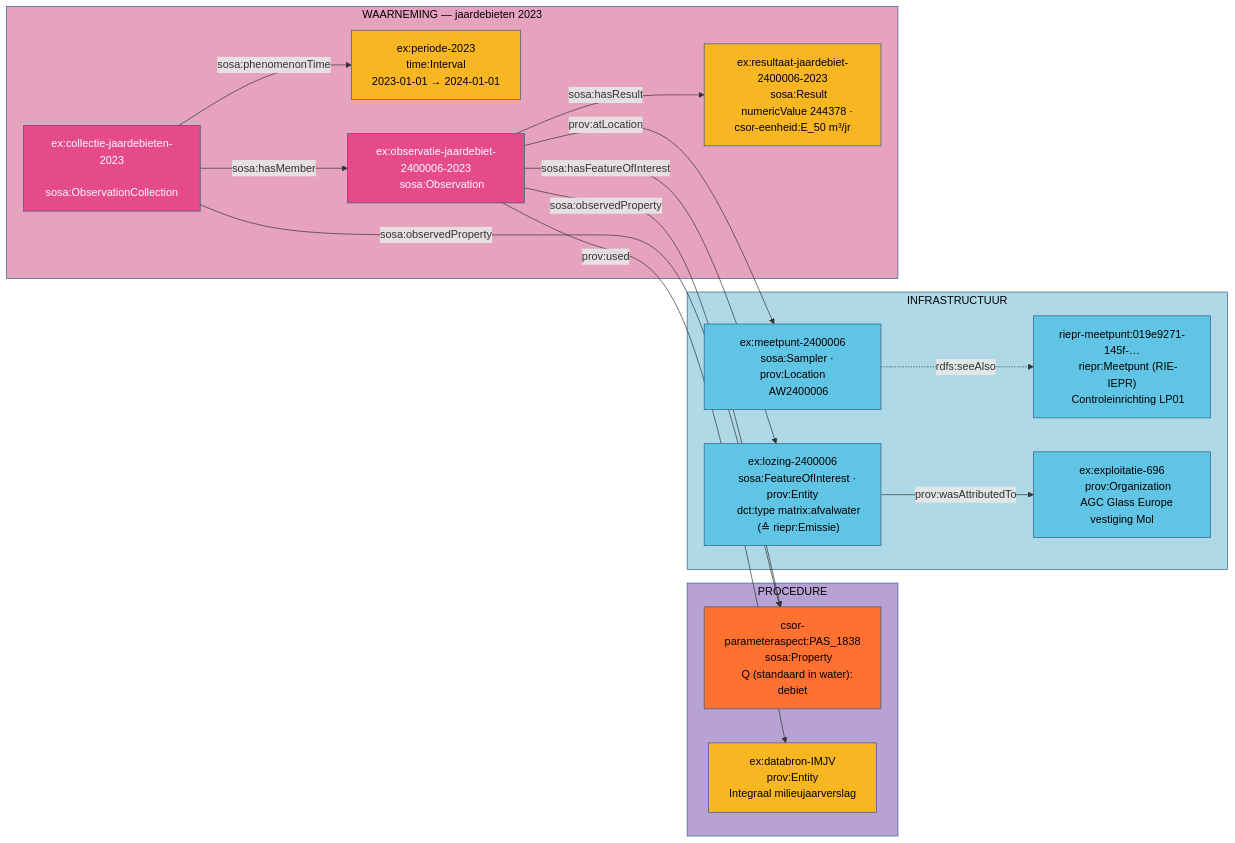
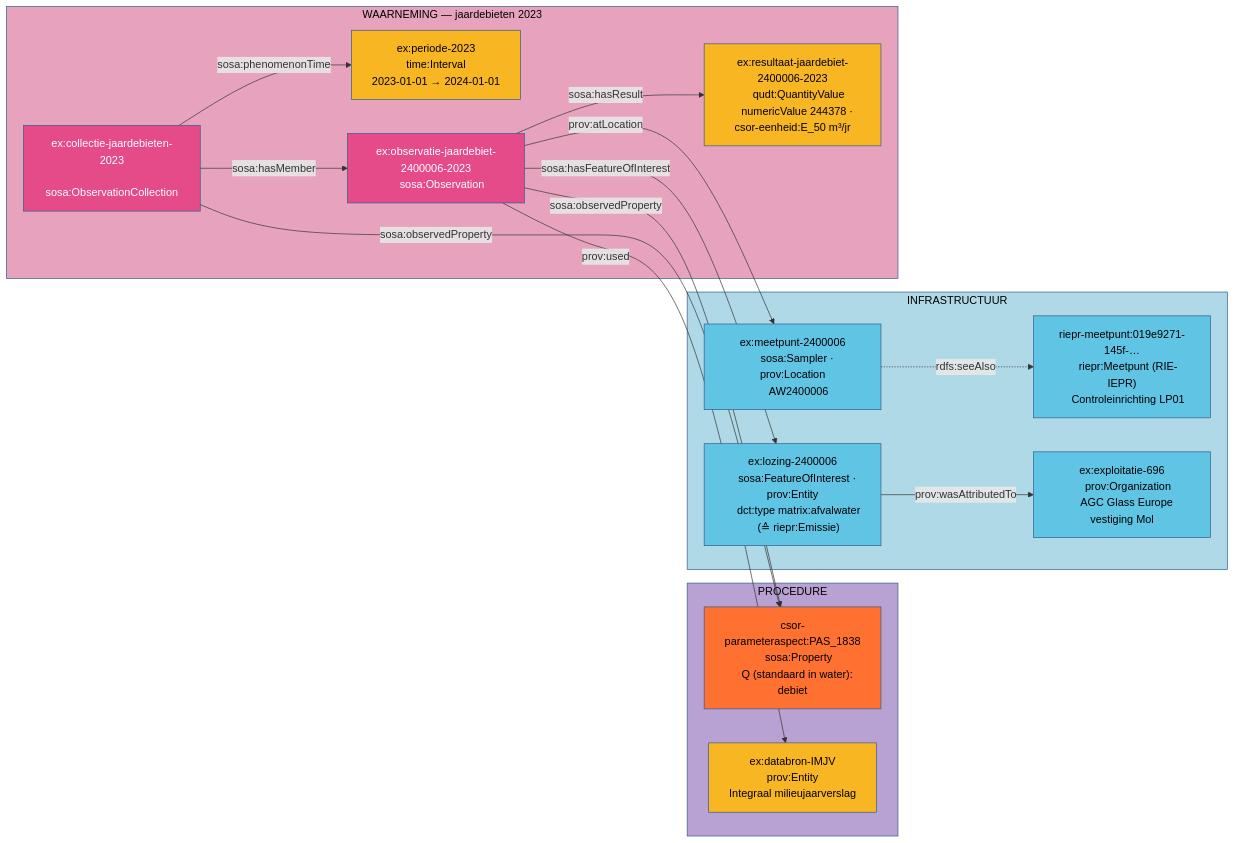
One commit to Informatievlaanderen/OSLOthema-SSNSOSA-VL changed the diagram in src/main/input/waterkwaliteit/nieuw_model/afvalwater_debieten/afvalwater_debieten.mmd. Above: the diagram before and after it, drawn with Mermaid. The commit also changed 66 other files, not shown here.

First line of the commit message:
Results as qudt:QuantityValue; CSOR units as qudt:Unit; VHA literals; ld-mcp 0.4

```diff
--- a/src/main/input/waterkwaliteit/nieuw_model/afvalwater_debieten/afvalwater_debieten.mmd
+++ b/src/main/input/waterkwaliteit/nieuw_model/afvalwater_debieten/afvalwater_debieten.mmd
@@ -1,64 +1,64 @@
 flowchart LR
 
 subgraph PROC["PROCEDURE"]
     PA["csor-parameteraspect:PAS_1838
     sosa:Property
     Q (standaard in water): debiet"]
     DB["ex:databron-IMJV
     prov:Entity
     Integraal milieujaarverslag"]
 end
 
 subgraph INFRA["INFRASTRUCTUUR"]
     I1["ex:meetpunt-2400006
     sosa:Sampler · prov:Location
     AW2400006"]
     I1R["riepr-meetpunt:019e9271-145f-…
     riepr:Meetpunt (RIE-IEPR)
     Controleinrichting LP01"]
     I2["ex:lozing-2400006
     sosa:FeatureOfInterest · prov:Entity
     dct:type matrix:afvalwater
     (≙ riepr:Emissie)"]
     I3["ex:exploitatie-696
     prov:Organization
     AGC Glass Europe vestiging Mol"]
 end
 
 subgraph WAAR["WAARNEMING — jaardebieten 2023"]
     C1["ex:collectie-jaardebieten-2023
     sosa:ObservationCollection"]
     P1["ex:periode-2023
     time:Interval
     2023-01-01 → 2024-01-01"]
     O1["ex:observatie-jaardebiet-2400006-2023
     sosa:Observation"]
     R1["ex:resultaat-jaardebiet-2400006-2023
-    sosa:Result
+    qudt:QuantityValue
     numericValue 244378 · csor-eenheid:E_50 m³/jr"]
 end
 
 I1 -.->|rdfs:seeAlso| I1R
 I2 -->|prov:wasAttributedTo| I3
 C1 -->|sosa:observedProperty| PA
 C1 -->|sosa:phenomenonTime| P1
 C1 -->|sosa:hasMember| O1
 O1 -->|sosa:hasFeatureOfInterest| I2
 O1 -->|sosa:observedProperty| PA
 O1 -->|prov:atLocation| I1
 O1 -->|prov:used| DB
 O1 -->|sosa:hasResult| R1
 
 style PROC fill:#b8a2d4,stroke:#2E5C8A,color:#000
 style INFRA fill:#b0d9e7,stroke:#2E5C8A,color:#000
 style WAAR fill:#e7a3be,stroke:#2E5C8A,color:#000
 style PA fill:#fe7130,stroke:#2E5C8A,color:#000
 style DB fill:#f8b622,stroke:#2E5C8A,color:#000
 style I1 fill:#60c4e4,stroke:#2E5C8A,color:#000
 style I1R fill:#60c4e4,stroke:#2E5C8A,color:#000
 style I2 fill:#60c4e4,stroke:#2E5C8A,color:#000
 style I3 fill:#60c4e4,stroke:#2E5C8A,color:#000
 style C1 fill:#e54b89,stroke:#2E5C8A,color:#fff
 style P1 fill:#f8b622,stroke:#2E5C8A,color:#000
 style O1 fill:#e54b89,stroke:#2E5C8A,color:#fff
 style R1 fill:#f8b622,stroke:#2E5C8A,color:#000
```
